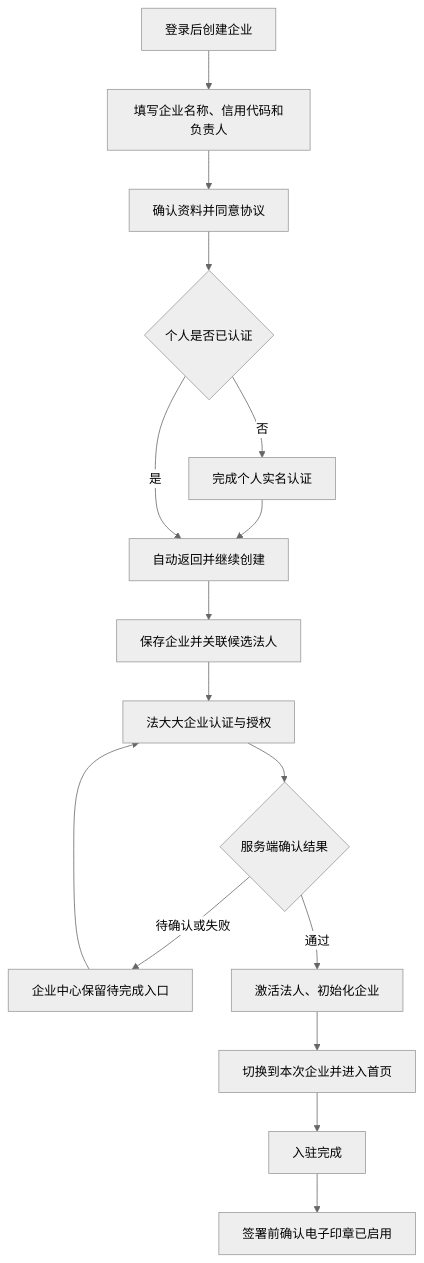
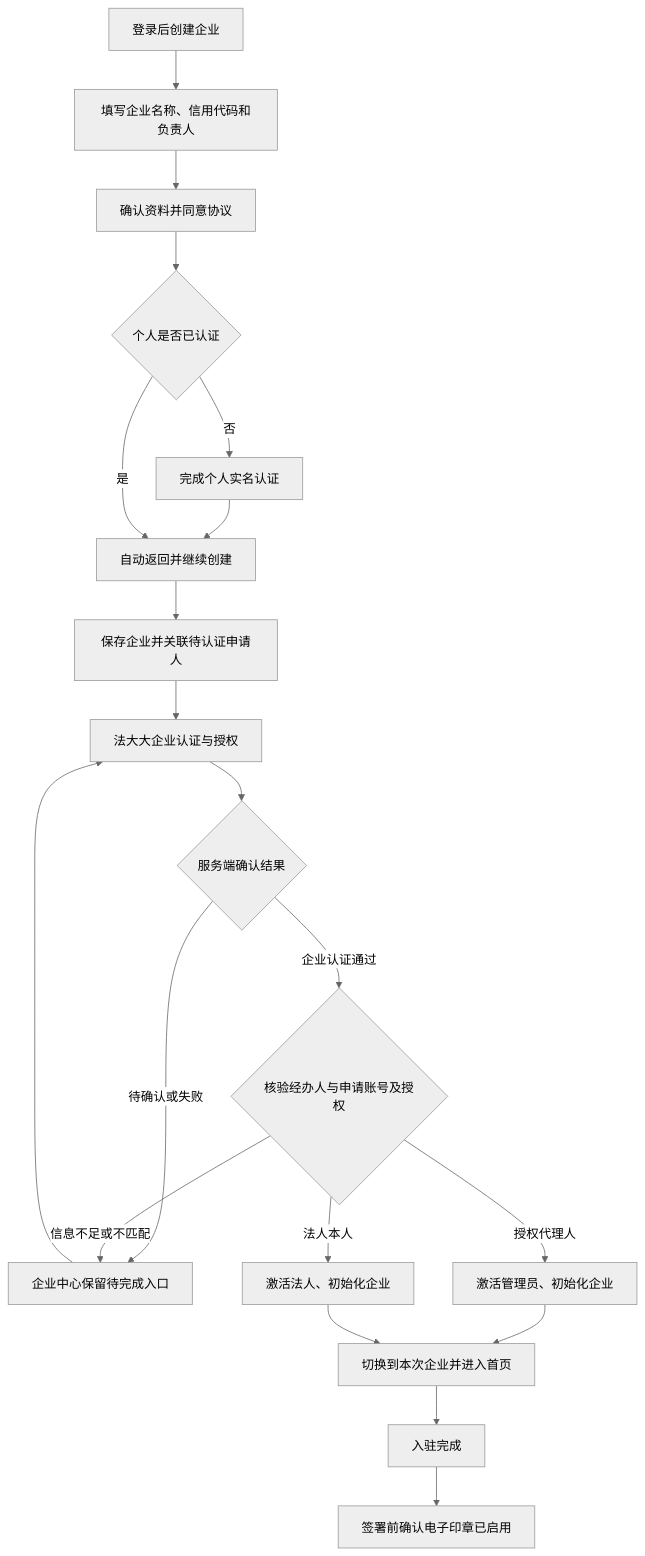
Before and after one commit to wuyinglong0813/TradePass: the diagram in docs/company-onboarding-flow.md, drawn with Mermaid (neutral theme). The commit also changed other lines of this file and 17 other files, not shown here.

````diff
--- a/docs/company-onboarding-flow.md
+++ b/docs/company-onboarding-flow.md
@@ -18,18 +18,22 @@
 ```mermaid
 flowchart TD
   A[登录后创建企业] --> B[填写企业名称、信用代码和负责人]
   B --> C[确认资料并同意协议]
   C --> D{个人是否已认证}
   D -- 否 --> E[完成个人实名认证]
   E --> F[自动返回并继续创建]
   D -- 是 --> F
-  F --> G[保存企业并关联候选法人]
+  F --> G[保存企业并关联待认证申请人]
   G --> H[法大大企业认证与授权]
   H --> I{服务端确认结果}
   I -- 待确认或失败 --> J[企业中心保留待完成入口]
   J --> H
-  I -- 通过 --> K[激活法人、初始化企业]
+  I -- 企业认证通过 --> O{核验经办人与申请账号及授权}
+  O -- 法人本人 --> K[激活法人、初始化企业]
+  O -- 授权代理人 --> P[激活管理员、初始化企业]
+  O -- 信息不足或不匹配 --> J
+  P --> L
   K --> L[切换到本次企业并进入首页]
   L --> M[入驻完成]
   M --> N[签署前确认电子印章已启用]
 ```
````
